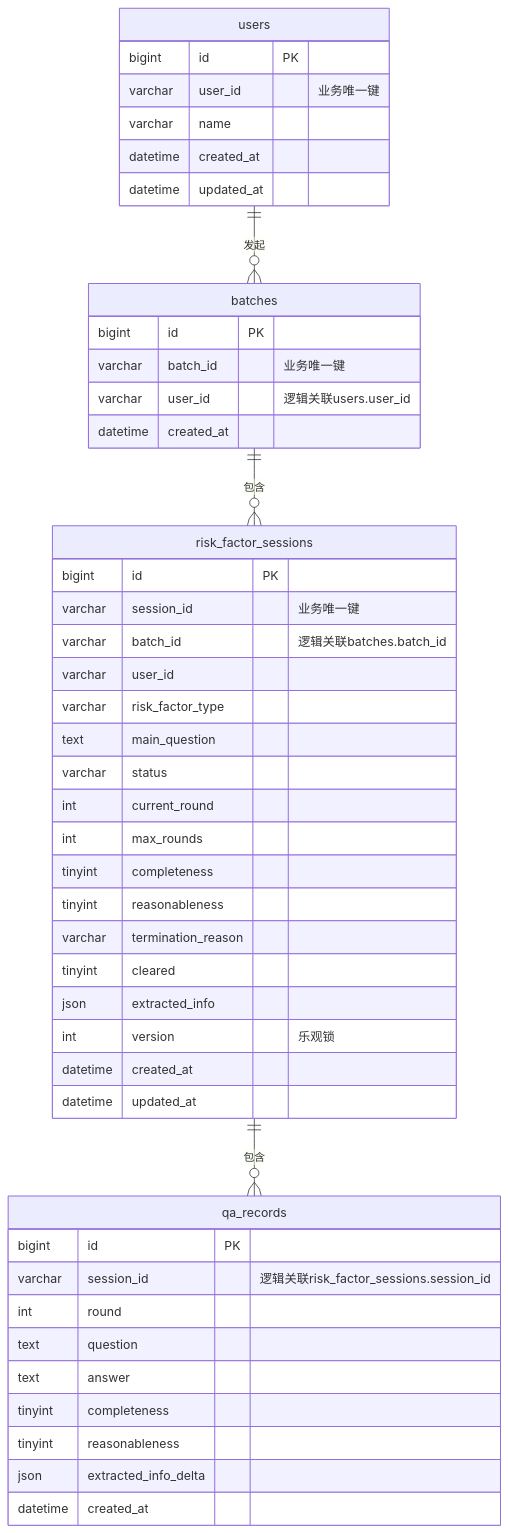
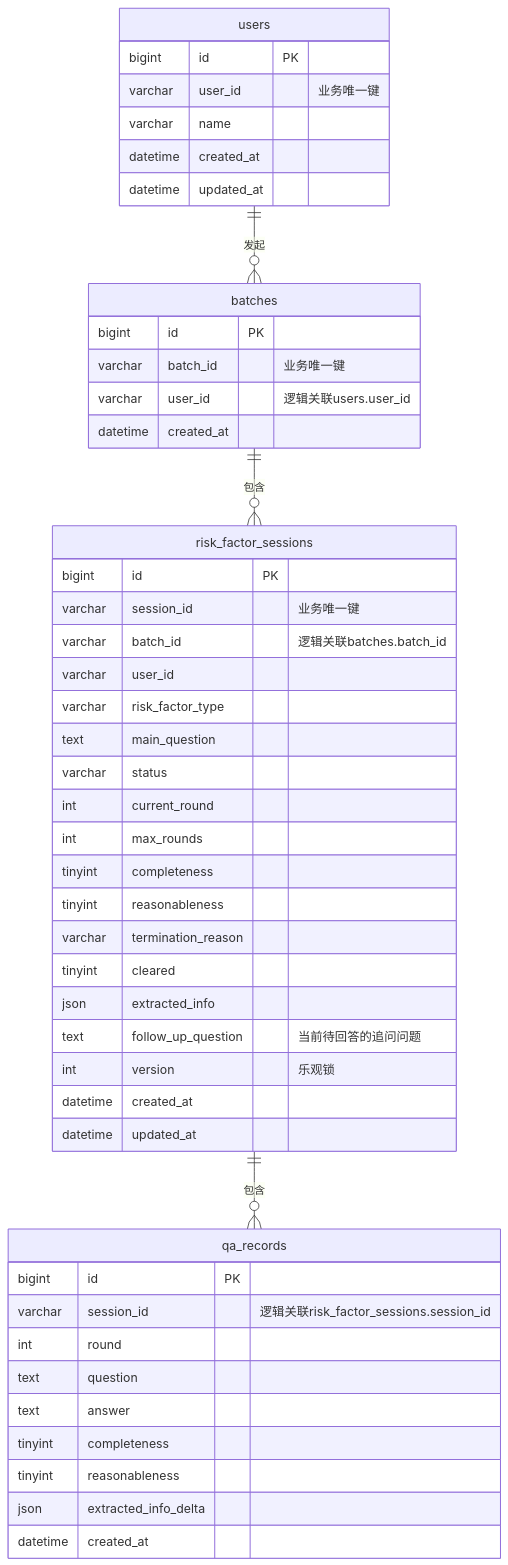
Before and after one commit to NoxiouSi/eino-risk-qa: the third of 3 diagrams in docs/DESIGN.md, drawn with Mermaid. The commit also changed other lines of this file and 81 other files, not shown here.

````diff
--- a/docs/DESIGN.md
+++ b/docs/DESIGN.md
@@ -447,50 +459,51 @@
 ```mermaid
 erDiagram
     users ||--o{ batches : "发起"
     batches ||--o{ risk_factor_sessions : "包含"
     risk_factor_sessions ||--o{ qa_records : "包含"
 
     users {
         bigint id PK
         varchar user_id "业务唯一键"
         varchar name
         datetime created_at
         datetime updated_at
     }
     batches {
         bigint id PK
         varchar batch_id "业务唯一键"
         varchar user_id "逻辑关联users.user_id"
         datetime created_at
     }
     risk_factor_sessions {
         bigint id PK
         varchar session_id "业务唯一键"
         varchar batch_id "逻辑关联batches.batch_id"
         varchar user_id
         varchar risk_factor_type
         text main_question
         varchar status
         int current_round
         int max_rounds
         tinyint completeness
         tinyint reasonableness
         varchar termination_reason
         tinyint cleared
         json extracted_info
+        text follow_up_question "当前待回答的追问问题"
         int version "乐观锁"
         datetime created_at
         datetime updated_at
     }
     qa_records {
         bigint id PK
         varchar session_id "逻辑关联risk_factor_sessions.session_id"
         int round
         text question
         text answer
         tinyint completeness
         tinyint reasonableness
         json extracted_info_delta
         datetime created_at
     }
 ```
````
